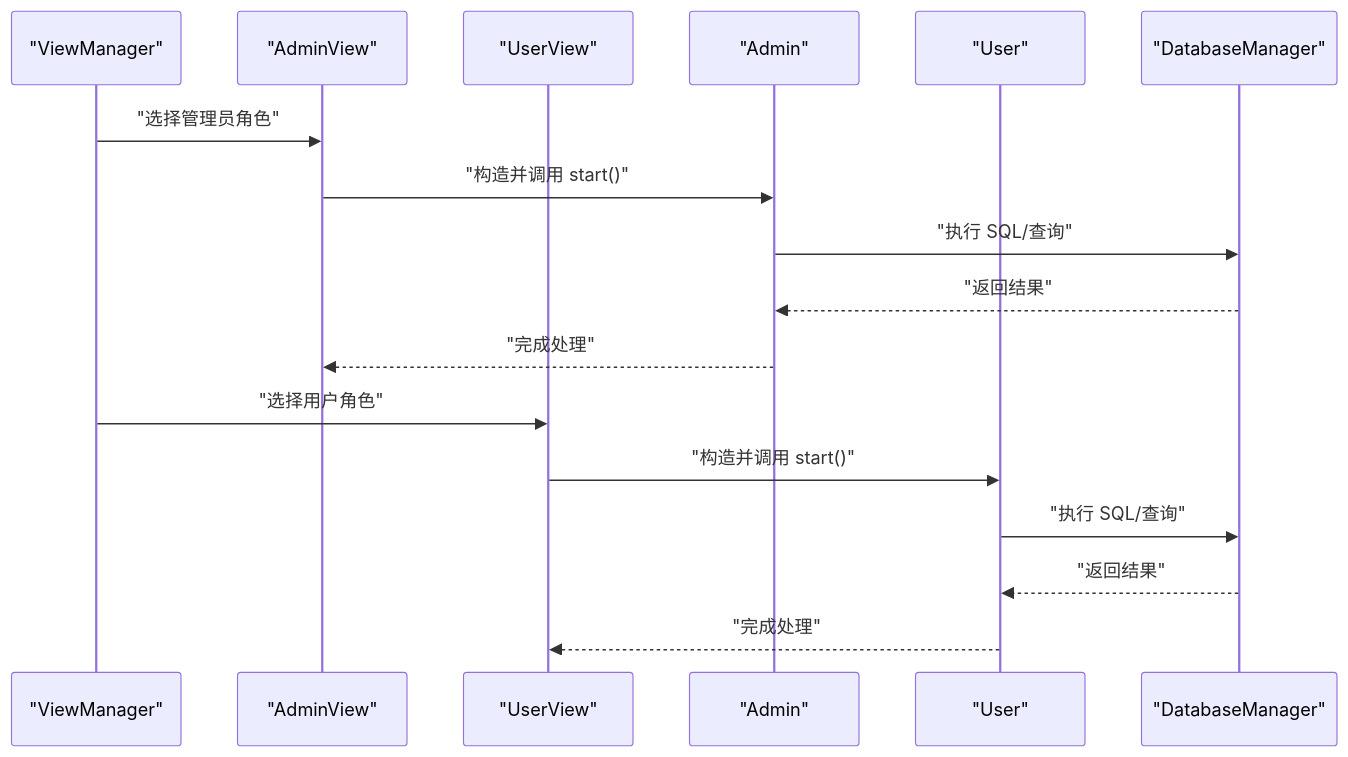
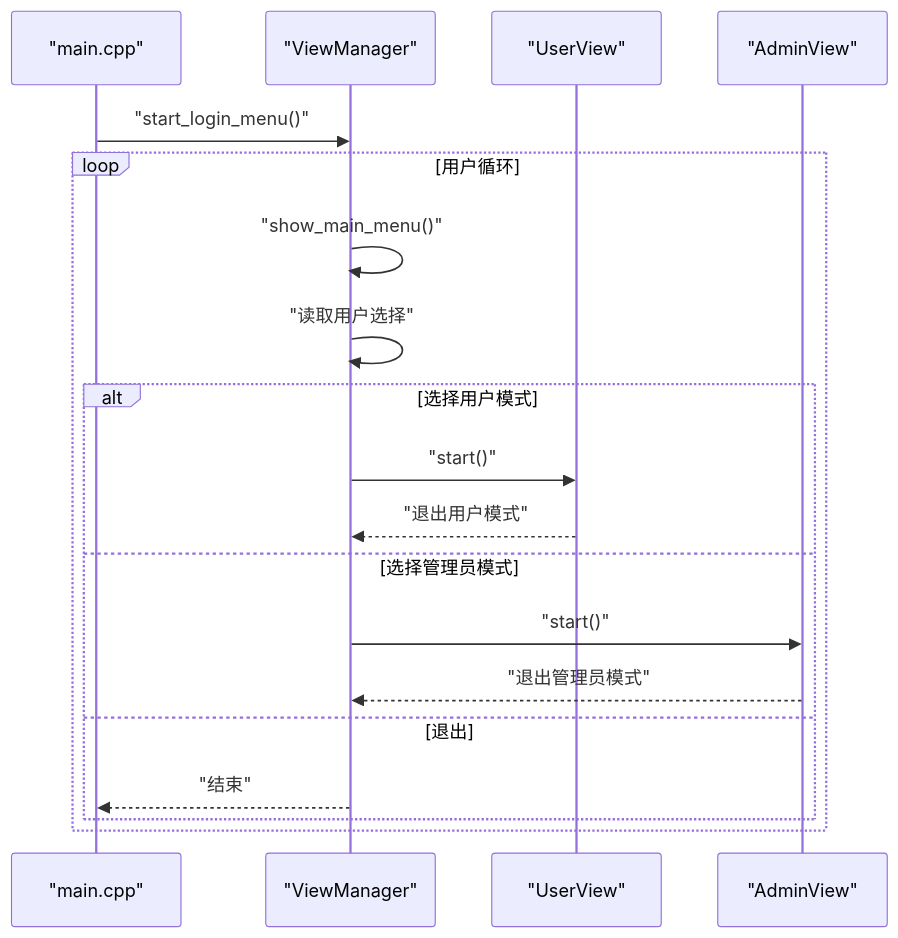
The sixth of 9 diagrams in .qoder/repowiki/zh/content/开发指南.md (jinpeng900/OJ-Test), drawn with Mermaid before and after one commit. The commit also changed other lines of this file and 65 other files, not shown here.

````diff
--- a/.qoder/repowiki/zh/content/开发指南.md
+++ b/.qoder/repowiki/zh/content/开发指南.md
@@ -238,19 +239,21 @@
 ```mermaid
 sequenceDiagram
+participant M as "main.cpp"
 participant VM as "ViewManager"
+participant UV as "UserView"
 participant AV as "AdminView"
-participant UV as "UserView"
-participant ADM as "Admin"
-participant USR as "User"
-participant DB as "DatabaseManager"
-VM->>AV : "选择管理员角色"
-AV->>ADM : "构造并调用 start()"
-ADM->>DB : "执行 SQL/查询"
-DB-->>ADM : "返回结果"
-ADM-->>AV : "完成处理"
-VM->>UV : "选择用户角色"
-UV->>USR : "构造并调用 start()"
-USR->>DB : "执行 SQL/查询"
-DB-->>USR : "返回结果"
-USR-->>UV : "完成处理"
+M->>VM : "start_login_menu()"
+loop 用户循环
+VM->>VM : "show_main_menu()"
+VM->>VM : "读取用户选择"
+alt 选择用户模式
+VM->>UV : "start()"
+UV-->>VM : "退出用户模式"
+else 选择管理员模式
+VM->>AV : "start()"
+AV-->>VM : "退出管理员模式"
+else 退出
+VM-->>M : "结束"
+end
+end
 ```
````
